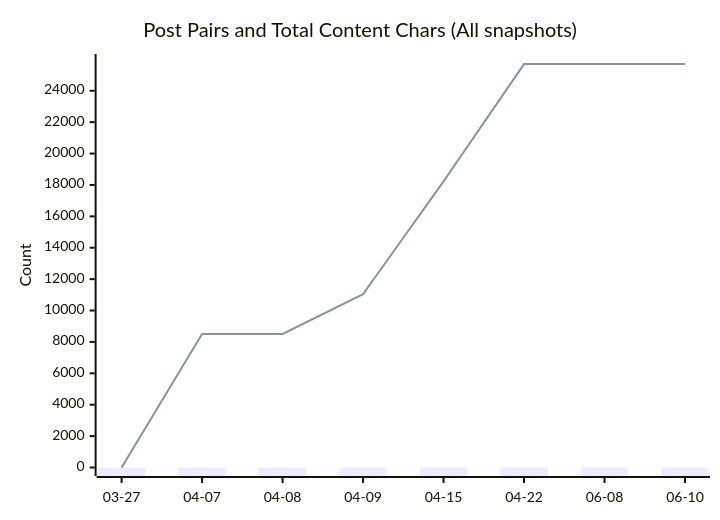
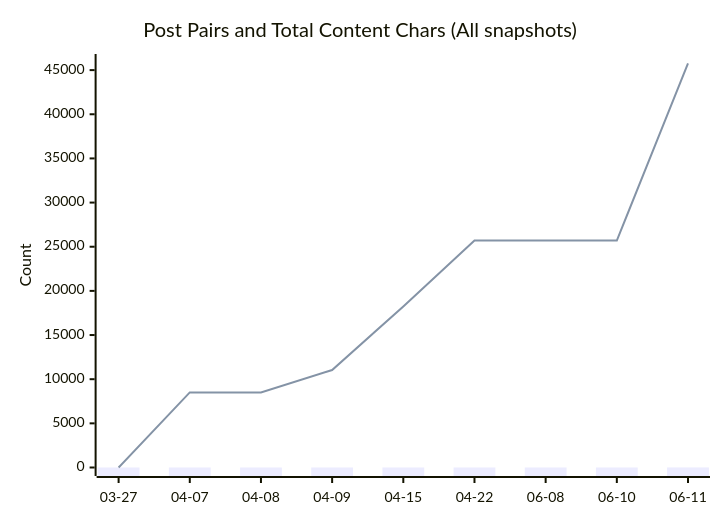
The diagram in README.md (ttw225/blog), drawn with Mermaid before and after one commit. The commit also changed other lines of this file and 5 other files, not shown here.

````diff
--- a/README.md
+++ b/README.md
@@ -25,8 +25,8 @@
 ```mermaid
 xychart-beta
   title "Post Pairs and Total Content Chars (All snapshots)"
-  x-axis ["03-27", "04-07", "04-08", "04-09", "04-15", "04-22", "06-08", "06-10"]
-  y-axis "Count" 0 --> 25800
-  bar [0, 2, 2, 3, 4, 5, 5, 5]
-  line [0, 8506, 8506, 11042, 18224, 25700, 25700, 25700]
+  x-axis ["03-27", "04-07", "04-08", "04-09", "04-15", "04-22", "06-08", "06-10", "06-11"]
+  y-axis "Count" 0 --> 45862
+  bar [0, 2, 2, 3, 4, 5, 5, 5, 7]
+  line [0, 8506, 8506, 11042, 18224, 25700, 25700, 25700, 45762]
 ```
````
